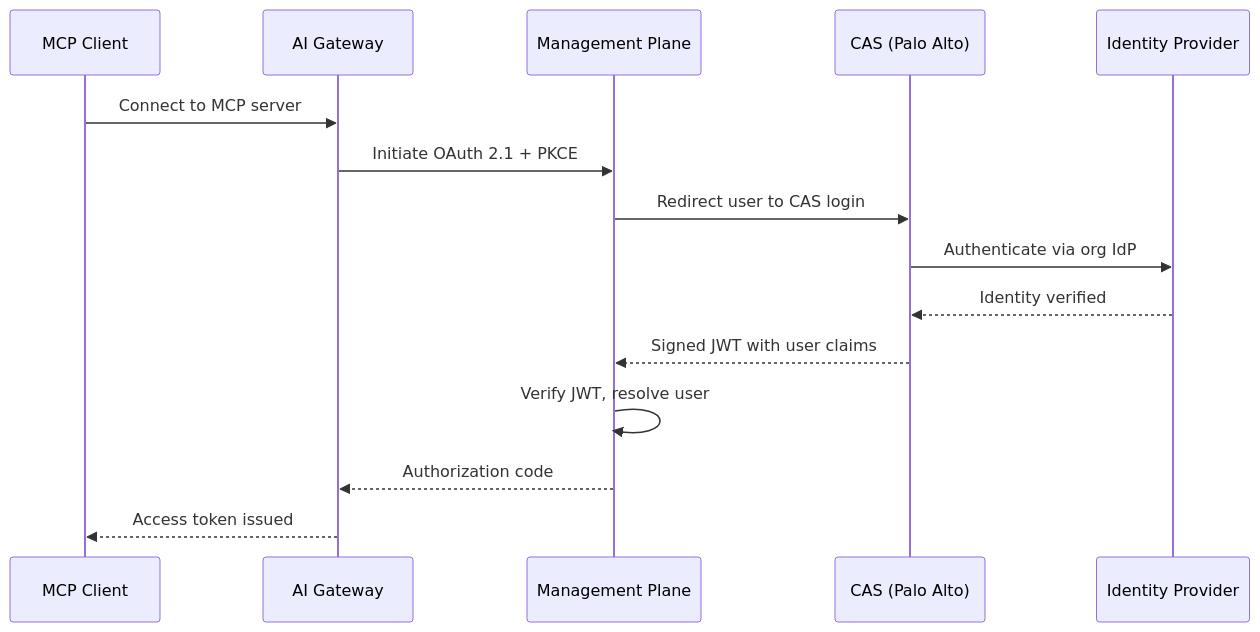
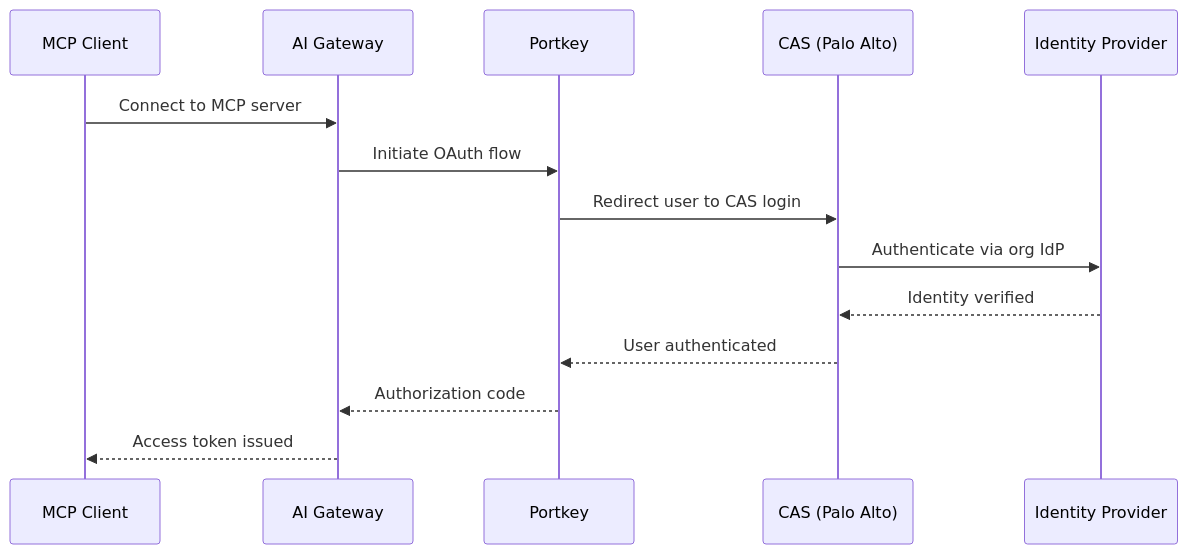
One commit to Portkey-AI/docs-core changed the diagram in product/mcp-gateway/authentication/cas.mdx. Above: the diagram before and after it, drawn with Mermaid. The commit also changed other lines of this file, not shown here.

First line of the commit message:
docs: simplify CAS page — remove internal implementation details

````diff
--- a/product/mcp-gateway/authentication/cas.mdx
+++ b/product/mcp-gateway/authentication/cas.mdx
@@ -23,18 +21,17 @@
 ```mermaid
 sequenceDiagram
     participant Client as MCP Client
     participant Gateway as AI Gateway
-    participant Albus as Management Plane
+    participant Portkey as Portkey
     participant CAS as CAS (Palo Alto)
     participant IdP as Identity Provider
 
     Client->>Gateway: Connect to MCP server
-    Gateway->>Albus: Initiate OAuth 2.1 + PKCE
-    Albus->>CAS: Redirect user to CAS login
+    Gateway->>Portkey: Initiate OAuth flow
+    Portkey->>CAS: Redirect user to CAS login
     CAS->>IdP: Authenticate via org IdP
     IdP-->>CAS: Identity verified
-    CAS-->>Albus: Signed JWT with user claims
-    Albus->>Albus: Verify JWT, resolve user
-    Albus-->>Gateway: Authorization code
+    CAS-->>Portkey: User authenticated
+    Portkey-->>Gateway: Authorization code
     Gateway-->>Client: Access token issued
 ```
````
